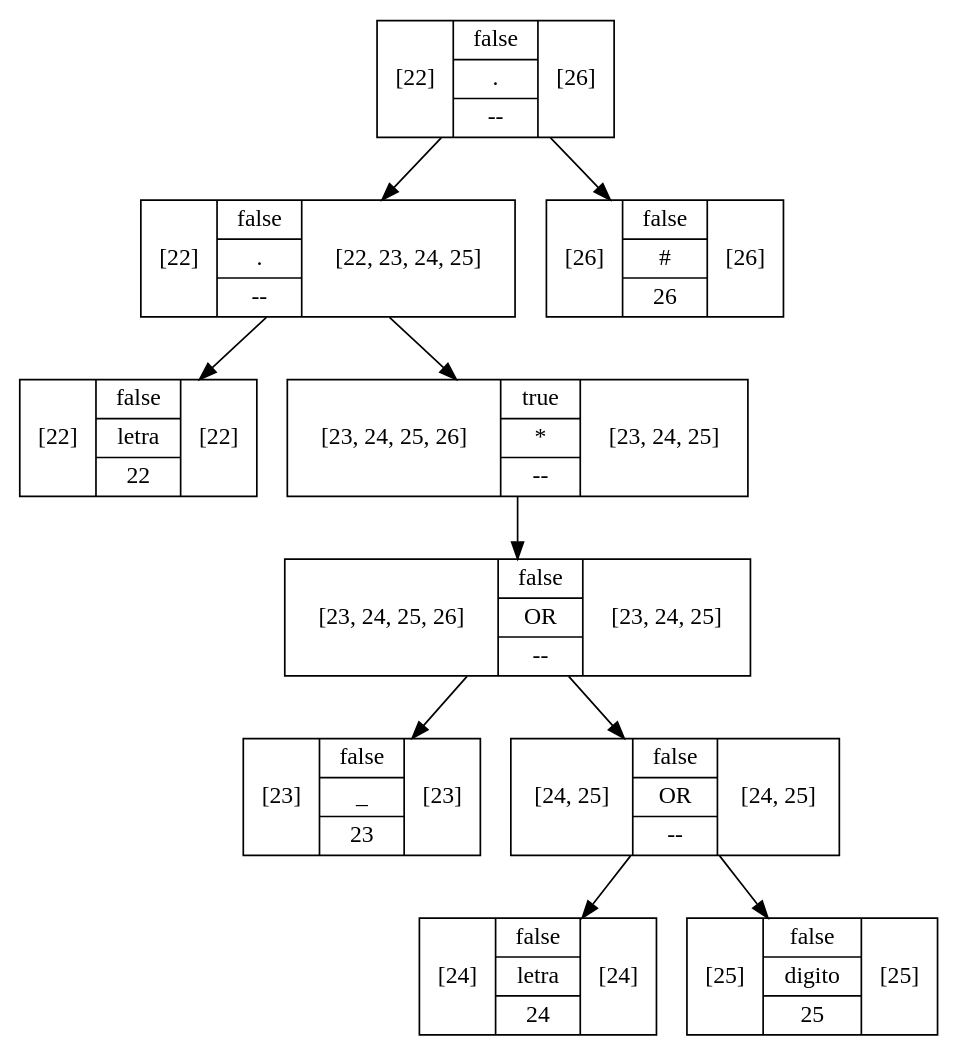
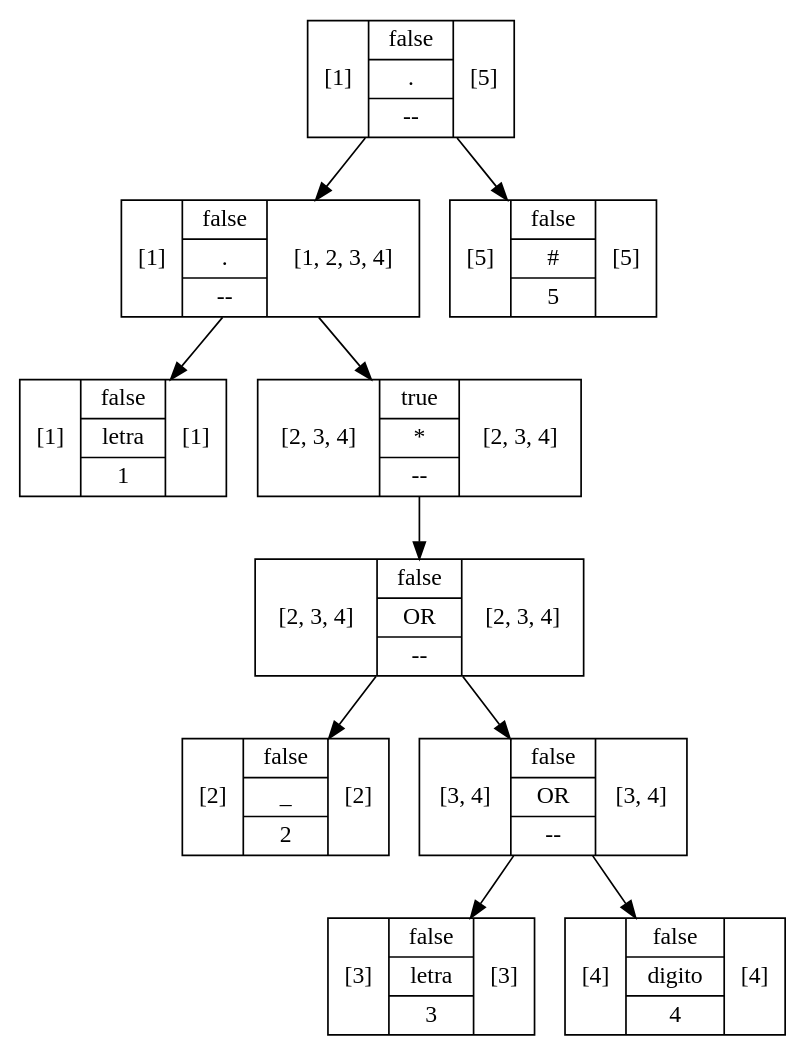
The diagram in Regexive/archivos/ARBOLES_201901557/ExpReg1.dot (JeffMendez/OCL_Proyecto1_201901557), drawn with Graphviz before and after one commit. The commit also changed 58 other files, not shown here.

```diff
--- a/Regexive/archivos/ARBOLES_201901557/ExpReg1.dot
+++ b/Regexive/archivos/ARBOLES_201901557/ExpReg1.dot
@@ -1,21 +1,21 @@
 digraph G {
-604412951 [shape=record label="[22] |{ false | letra | 22 }| [22]"];
-1733512731 [shape=record label="[23] |{ false | _ | 23 }| [23]"];
-2146643179 [shape=record label="[24] |{ false | letra | 24 }| [24]"];
-1214912457 [shape=record label="[25] |{ false | digito | 25 }| [25]"];
-1478282487 [shape=record label="[24, 25] |{ false | OR | -- }| [24, 25]"];
-1478282487 -> 2146643179
-1478282487 -> 1214912457
-625111673 [shape=record label="[23, 24, 25, 26] |{ false | OR | -- }| [23, 24, 25]"];
-625111673 -> 1733512731
-625111673 -> 1478282487
-1135646286 [shape=record label="[23, 24, 25, 26] |{ true | * | -- }| [23, 24, 25]"];
-1135646286 -> 625111673
-1543247278 [shape=record label="[22] |{ false | . | -- }| [22, 23, 24, 25]"];
-1543247278 -> 604412951
-1543247278 -> 1135646286
-1698234706 [shape=record label="[26] |{ false | # | 26 }| [26]"];
-1407084086 [shape=record label="[22] |{ false | . | -- }| [26]"];
-1407084086 -> 1543247278
-1407084086 -> 1698234706
+884435112 [shape=record label="[1] |{ false | letra | 1 }| [1]"];
+329954007 [shape=record label="[2] |{ false | _ | 2 }| [2]"];
+1921425456 [shape=record label="[3] |{ false | letra | 3 }| [3]"];
+2096994903 [shape=record label="[4] |{ false | digito | 4 }| [4]"];
+1929404232 [shape=record label="[3, 4] |{ false | OR | -- }| [3, 4]"];
+1929404232 -> 1921425456
+1929404232 -> 2096994903
+897218549 [shape=record label="[2, 3, 4] |{ false | OR | -- }| [2, 3, 4]"];
+897218549 -> 329954007
+897218549 -> 1929404232
+1916454474 [shape=record label="[2, 3, 4] |{ true | * | -- }| [2, 3, 4]"];
+1916454474 -> 897218549
+1644545400 [shape=record label="[1] |{ false | . | -- }| [1, 2, 3, 4]"];
+1644545400 -> 884435112
+1644545400 -> 1916454474
+319695983 [shape=record label="[5] |{ false | # | 5 }| [5]"];
+1974281252 [shape=record label="[1] |{ false | . | -- }| [5]"];
+1974281252 -> 1644545400
+1974281252 -> 319695983
 }
```
